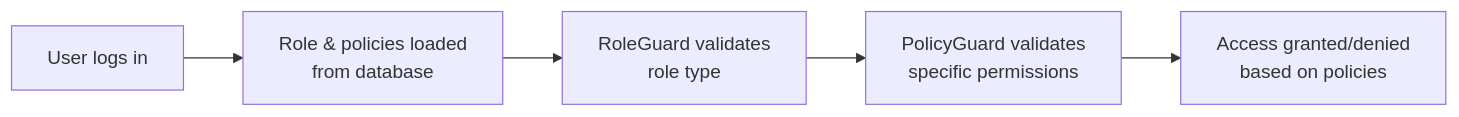
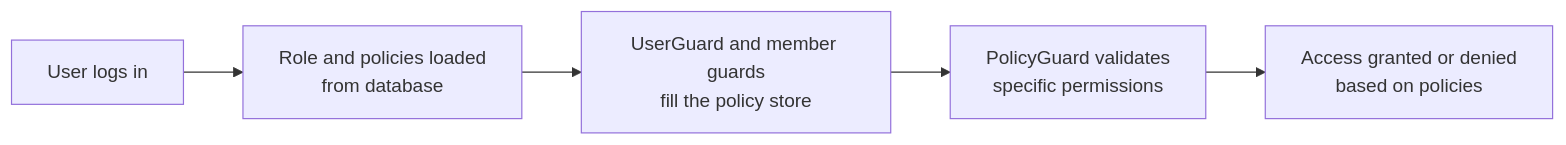
The fifth of 5 diagrams in docs/authorization.md (Gzerox/ack-nestjs-boilerplate), drawn with Mermaid before and after one commit. The commit also changed other lines of this file and 219 other files, not shown here.

````diff
--- a/docs/authorization.md
+++ b/docs/authorization.md
@@ -643,7 +568,7 @@
 ```mermaid
 flowchart LR
-    User[User logs in] --> LoadRole[Role & policies loaded<br/>from database]
-    LoadRole --> RoleGuard[RoleGuard validates<br/>role type]
-    RoleGuard --> PolicyGuard[PolicyGuard validates<br/>specific permissions]
-    PolicyGuard --> Access[Access granted/denied<br/>based on policies]
+    User[User logs in] --> LoadRole[Role and policies loaded<br/>from database]
+    LoadRole --> Guards[UserGuard and member guards<br/>fill the policy store]
+    Guards --> PolicyGuard[PolicyGuard validates<br/>specific permissions]
+    PolicyGuard --> Access[Access granted or denied<br/>based on policies]
 ```
````
